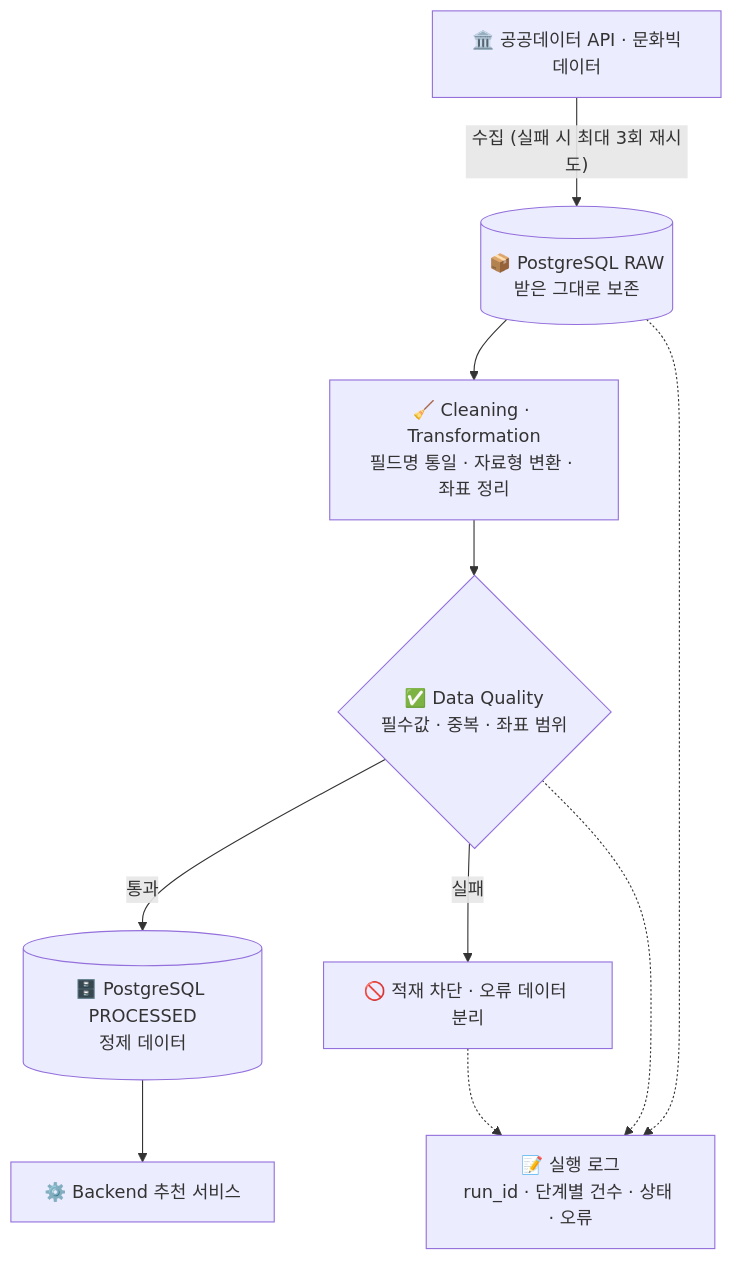
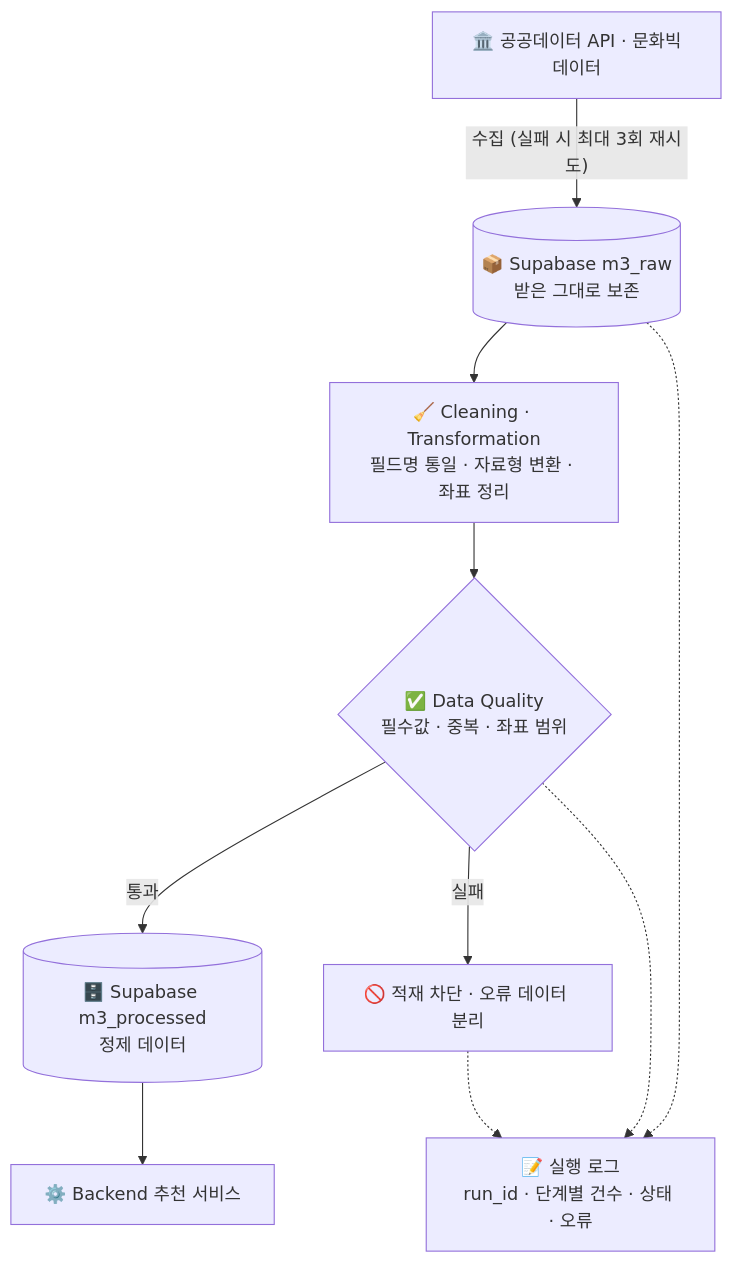
The ninth of 19 diagrams in README.md (encore-ai-campus/mlo-02-p1-team3), drawn with Mermaid before and after one commit. The commit also changed other lines of this file, not shown here.

Commit message:
docs: document current data usage and AI coach flow

````diff
--- a/README.md
+++ b/README.md
@@ -582,12 +591,12 @@
 ```mermaid
 flowchart TD
-    A["🏛️ 공공데이터 API · 문화빅데이터"] -->|"수집 (실패 시 최대 3회 재시도)"| B[("📦 PostgreSQL RAW<br/>받은 그대로 보존")]
+    A["🏛️ 공공데이터 API · 문화빅데이터"] -->|"수집 (실패 시 최대 3회 재시도)"| B[("📦 Supabase m3_raw<br/>받은 그대로 보존")]
     B --> C["🧹 Cleaning · Transformation<br/>필드명 통일 · 자료형 변환 · 좌표 정리"]
     C --> D{"✅ Data Quality<br/>필수값 · 중복 · 좌표 범위"}
-    D -->|"통과"| E[("🗄️ PostgreSQL PROCESSED<br/>정제 데이터")]
+    D -->|"통과"| E[("🗄️ Supabase m3_processed<br/>정제 데이터")]
     D -->|"실패"| F["🚫 적재 차단 · 오류 데이터 분리"]
     E --> G["⚙️ Backend 추천 서비스"]
     B -.-> L["📝 실행 로그<br/>run_id · 단계별 건수 · 상태 · 오류"]
     D -.-> L
     F -.-> L
 ```
````
